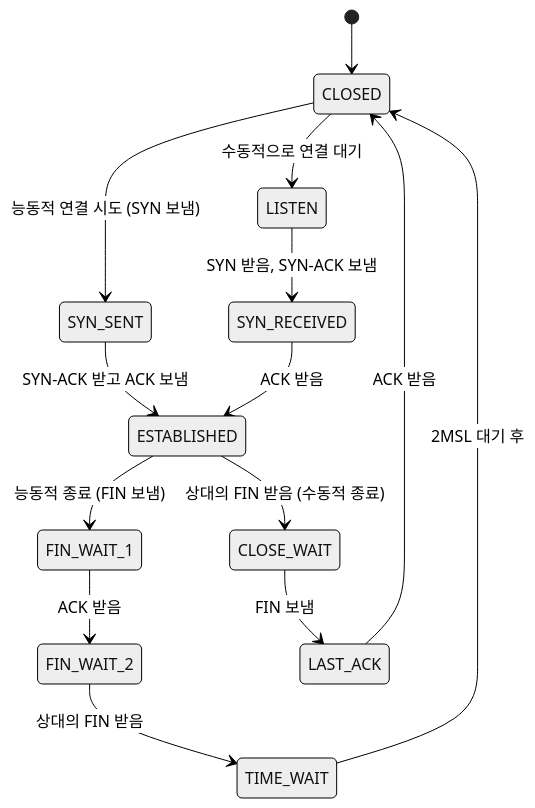
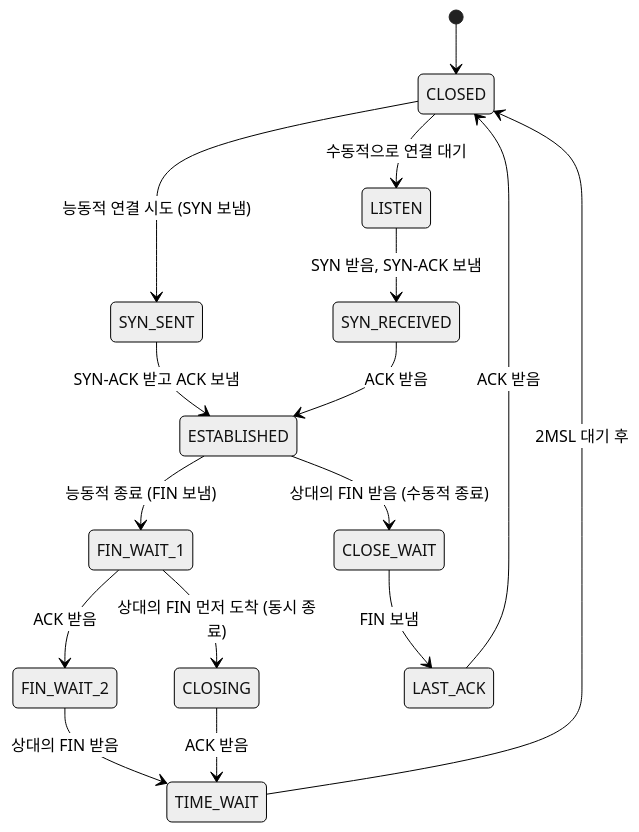
Before and after one commit to minjune8506/minjune8506.github.io: the second of 2 diagrams in _posts/2026-09-25-tcp-07-connection-termination.md, drawn with Mermaid (neutral theme). The commit also changed other lines of this file and 7 other files, not shown here.

````diff
--- a/_posts/2026-09-25-tcp-07-connection-termination.md
+++ b/_posts/2026-09-25-tcp-07-connection-termination.md
@@ -42,16 +42,18 @@
 ```mermaid
 stateDiagram-v2
     [*] --> CLOSED
     CLOSED --> SYN_SENT: 능동적 연결 시도 (SYN 보냄)
     CLOSED --> LISTEN: 수동적으로 연결 대기
     LISTEN --> SYN_RECEIVED: SYN 받음, SYN-ACK 보냄
     SYN_SENT --> ESTABLISHED: SYN-ACK 받고 ACK 보냄
     SYN_RECEIVED --> ESTABLISHED: ACK 받음
     ESTABLISHED --> FIN_WAIT_1: 능동적 종료 (FIN 보냄)
     ESTABLISHED --> CLOSE_WAIT: 상대의 FIN 받음 (수동적 종료)
     FIN_WAIT_1 --> FIN_WAIT_2: ACK 받음
+    FIN_WAIT_1 --> CLOSING: 상대의 FIN 먼저 도착 (동시 종료)
     FIN_WAIT_2 --> TIME_WAIT: 상대의 FIN 받음
+    CLOSING --> TIME_WAIT: ACK 받음
     CLOSE_WAIT --> LAST_ACK: FIN 보냄
     LAST_ACK --> CLOSED: ACK 받음
     TIME_WAIT --> CLOSED: 2MSL 대기 후
 ```
````
